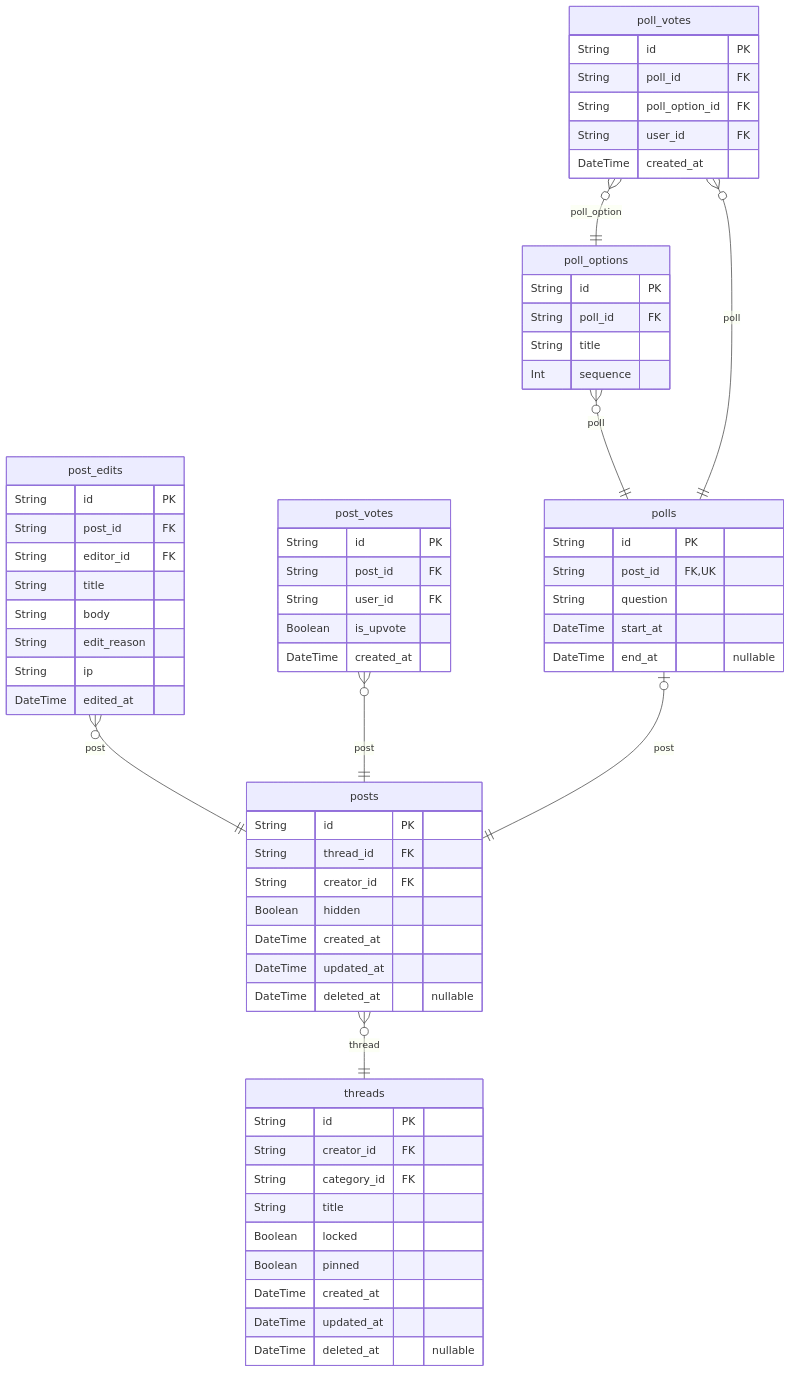
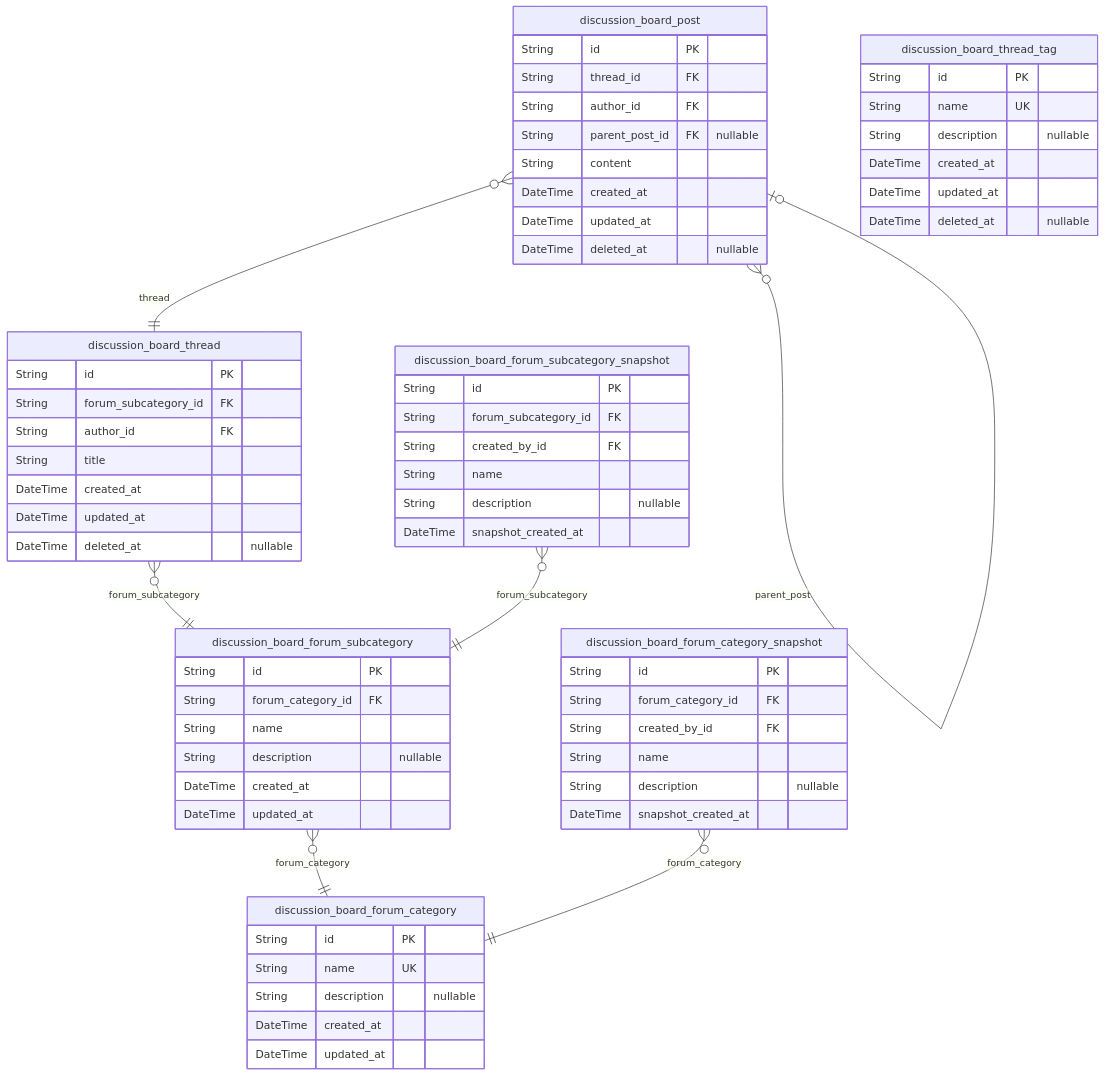
Before and after one commit to wrtnlabs/autobe-example-bbs-openai-gpt-4.1: the second of 6 diagrams in docs/ERD.md, drawn with Mermaid. The commit also changed other lines of this file and 533 other files, not shown here.

````diff
--- a/docs/ERD.md
+++ b/docs/ERD.md
@@ -192,67 +181,67 @@
 ```mermaid
 erDiagram
-"threads" {
+"discussion_board_forum_category" {
   String id PK
-  String creator_id FK
-  String category_id FK
+  String name UK
+  String description "nullable"
+  DateTime created_at
+  DateTime updated_at
+}
+"discussion_board_forum_subcategory" {
+  String id PK
+  String forum_category_id FK
+  String name
+  String description "nullable"
+  DateTime created_at
+  DateTime updated_at
+}
+"discussion_board_thread" {
+  String id PK
+  String forum_subcategory_id FK
+  String author_id FK
   String title
-  Boolean locked
-  Boolean pinned
   DateTime created_at
   DateTime updated_at
   DateTime deleted_at "nullable"
 }
-"posts" {
+"discussion_board_post" {
   String id PK
   String thread_id FK
-  String creator_id FK
-  Boolean hidden
+  String author_id FK
+  String parent_post_id FK "nullable"
+  String content
   DateTime created_at
   DateTime updated_at
   DateTime deleted_at "nullable"
 }
-"post_edits" {
+"discussion_board_thread_tag" {
   String id PK
-  String post_id FK
-  String editor_id FK
-  String title
-  String body
-  String edit_reason
-  String ip
-  DateTime edited_at
+  String name UK
+  String description "nullable"
+  DateTime created_at
+  DateTime updated_at
+  DateTime deleted_at "nullable"
 }
-"post_votes" {
+"discussion_board_forum_category_snapshot" {
   String id PK
-  String post_id FK
-  String user_id FK
-  Boolean is_upvote
-  DateTime created_at
+  String forum_category_id FK
+  String created_by_id FK
+  String name
+  String description "nullable"
+  DateTime snapshot_created_at
 }
-"polls" {
+"discussion_board_forum_subcategory_snapshot" {
   String id PK
-  String post_id FK,UK
-  String question
-  DateTime start_at
-  DateTime end_at "nullable"
+  String forum_subcategory_id FK
+  String created_by_id FK
+  String name
+  String description "nullable"
+  DateTime snapshot_created_at
 }
-"poll_options" {
-  String id PK
-  String poll_id FK
-  String title
-  Int sequence
-}
-"poll_votes" {
-  String id PK
-  String poll_id FK
-  String poll_option_id FK
-  String user_id FK
-  DateTime created_at
-}
-"posts" }o--|| "threads" : thread
-"post_edits" }o--|| "posts" : post
-"post_votes" }o--|| "posts" : post
-"polls" |o--|| "posts" : post
-"poll_options" }o--|| "polls" : poll
-"poll_votes" }o--|| "polls" : poll
-"poll_votes" }o--|| "poll_options" : poll_option
+"discussion_board_forum_subcategory" }o--|| "discussion_board_forum_category" : forum_category
+"discussion_board_thread" }o--|| "discussion_board_forum_subcategory" : forum_subcategory
+"discussion_board_post" }o--|| "discussion_board_thread" : thread
+"discussion_board_post" }o--o| "discussion_board_post" : parent_post
+"discussion_board_forum_category_snapshot" }o--|| "discussion_board_forum_category" : forum_category
+"discussion_board_forum_subcategory_snapshot" }o--|| "discussion_board_forum_subcategory" : forum_subcategory
 ```
````
